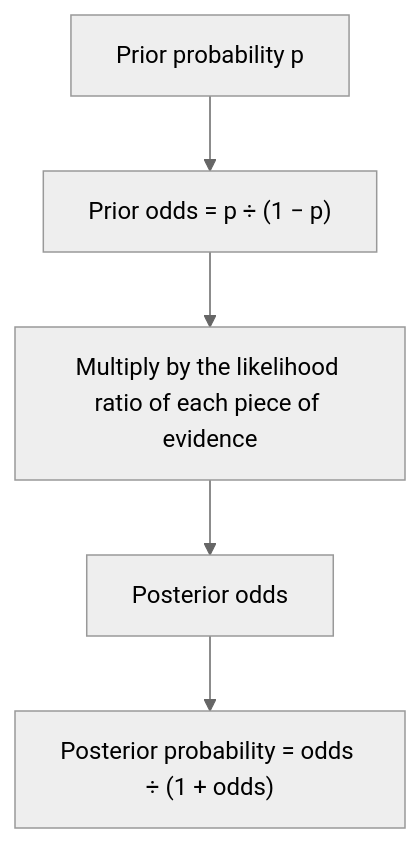
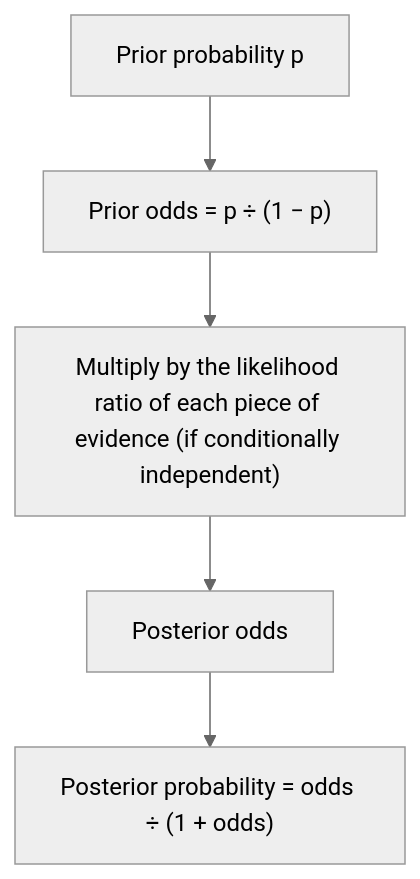
One commit to Aziliz/erudior changed the diagram in content/math/ap-statistics/lessons/23h2-odds-likelihood-ratios.md. Above: the diagram before and after it, drawn with Mermaid (neutral theme). The commit also changed other lines of this file and 39 other files, not shown here.

````diff
--- a/content/math/ap-statistics/lessons/23h2-odds-likelihood-ratios.md
+++ b/content/math/ap-statistics/lessons/23h2-odds-likelihood-ratios.md
@@ -59,9 +59,9 @@
 ```mermaid
 flowchart TD
   accTitle: Updating with odds and likelihood ratios
   accDescr: Start with the prior probability. Convert it to prior odds, p divided by 1 minus p. Multiply by the likelihood ratio of each piece of evidence, which is allowed when the pieces are conditionally independent. The result is the posterior odds. Convert back to a probability with odds divided by 1 plus odds.
   P["Prior probability p"] --> O["Prior odds = p ÷ (1 − p)"]
-  O --> L["Multiply by the likelihood ratio of each piece of evidence"]
+  O --> L["Multiply by the likelihood ratio of each piece of evidence (if conditionally independent)"]
   L --> PO["Posterior odds"]
   PO --> B["Posterior probability = odds ÷ (1 + odds)"]
 ```
````
